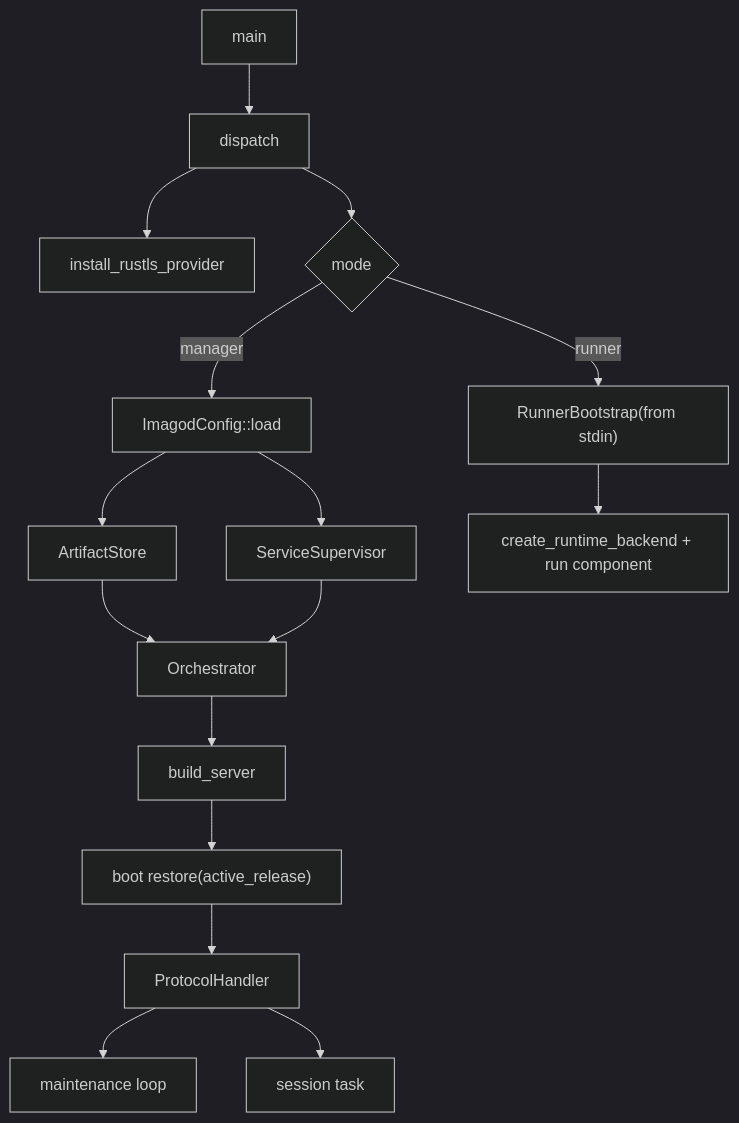
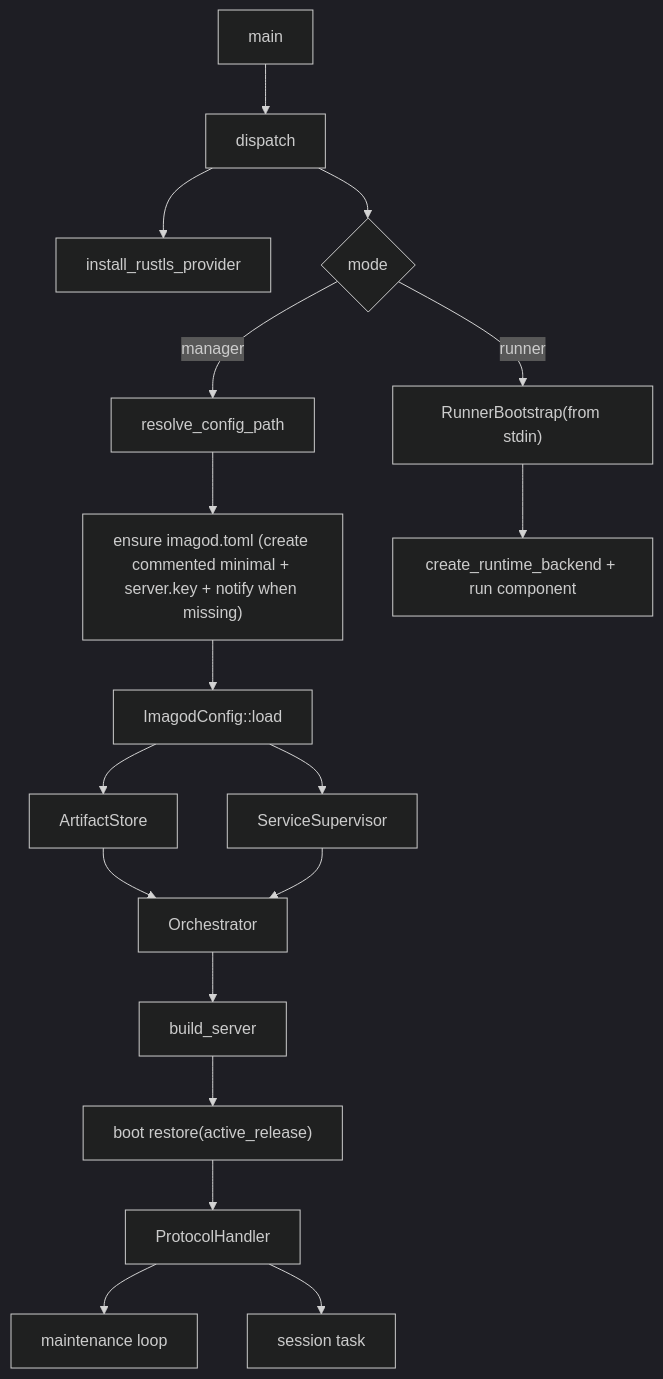
Before and after one commit to yieldspace/imago: the first of 4 diagrams in docs/spec/imagod-internals.md, drawn with Mermaid (dark theme). The commit also changed other lines of this file and 10 other files, not shown here.

Commit message:
Add imagod autocreate server key generation and empty client allowlist

````diff
--- a/docs/spec/imagod-internals.md
+++ b/docs/spec/imagod-internals.md
@@ -48,18 +50,20 @@
 ```mermaid
 flowchart TD
   A["main"] --> B["dispatch"]
   B --> C["install_rustls_provider"]
   B --> D{"mode"}
-  D -->|manager| E["ImagodConfig::load"]
-  E --> F["ArtifactStore"]
-  E --> G["ServiceSupervisor"]
-  F --> H["Orchestrator"]
-  G --> H
-  H --> I["build_server"]
-  I --> J["boot restore(active_release)"]
-  J --> K["ProtocolHandler"]
-  K --> L["maintenance loop"]
-  K --> M["session task"]
-  D -->|runner| O["RunnerBootstrap(from stdin)"]
-  O --> P["create_runtime_backend + run component"]
+  D -->|manager| E["resolve_config_path"]
+  E --> F["ensure imagod.toml (create commented minimal + server.key + notify when missing)"]
+  F --> G["ImagodConfig::load"]
+  G --> H["ArtifactStore"]
+  G --> I["ServiceSupervisor"]
+  H --> J["Orchestrator"]
+  I --> J
+  J --> K["build_server"]
+  K --> L["boot restore(active_release)"]
+  L --> M["ProtocolHandler"]
+  M --> N["maintenance loop"]
+  M --> O["session task"]
+  D -->|runner| P["RunnerBootstrap(from stdin)"]
+  P --> Q["create_runtime_backend + run component"]
 ```
````
